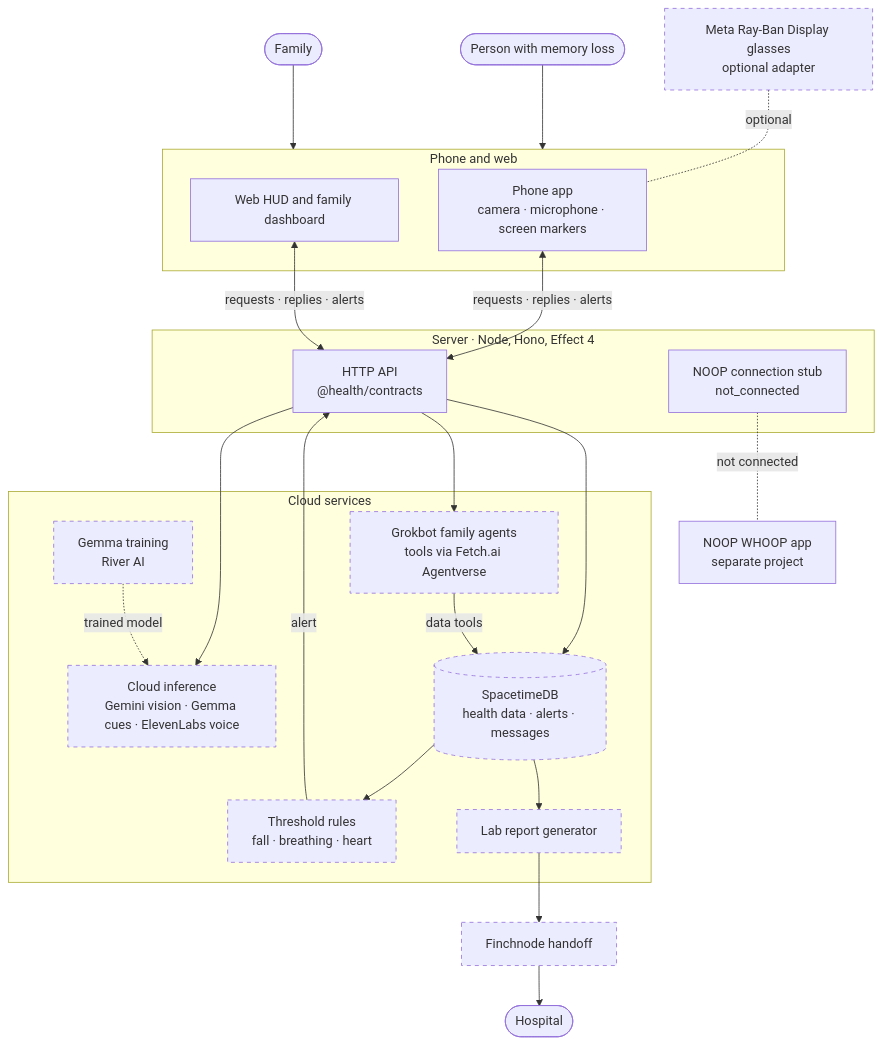
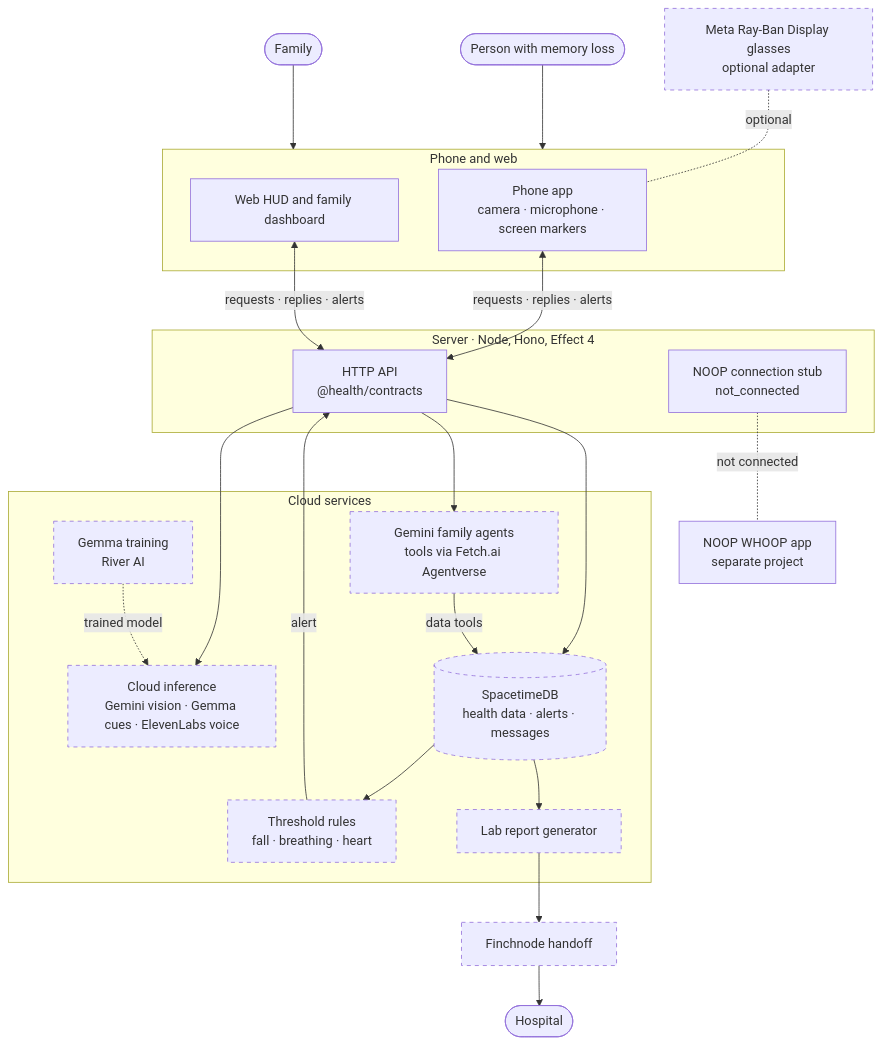
Before and after one commit to 42nights/telly: the diagram in README.md, drawn with Mermaid. The commit also changed other lines of this file and 4 other files, not shown here.

First line of the commit message:
docs: name Gemini as the family chat provider

````diff
--- a/README.md
+++ b/README.md
@@ -202,43 +203,43 @@
 ```mermaid
 flowchart TB
     person(["Person with memory loss"])
     family(["Family"])
     glasses["Meta Ray-Ban Display glasses<br/>optional adapter"]
 
     subgraph clients ["Phone and web"]
         phone["Phone app<br/>camera · microphone · screen markers"]
         web["Web HUD and family dashboard"]
     end
 
     subgraph server ["Server · Node, Hono, Effect 4"]
         api["HTTP API<br/>@health/contracts"]
         stub["NOOP connection stub<br/>not_connected"]
     end
     noop["NOOP WHOOP app<br/>separate project"]
 
     subgraph services ["Cloud services"]
         ai["Cloud inference<br/>Gemini vision · Gemma cues · ElevenLabs voice"]
-        agents["Grokbot family agents<br/>tools via Fetch.ai Agentverse"]
+        agents["Gemini family agents<br/>tools via Fetch.ai Agentverse"]
         db[("SpacetimeDB<br/>health data · alerts · messages")]
         rules["Threshold rules<br/>fall · breathing · heart"]
         reports["Lab report generator"]
         river["Gemma training<br/>River AI"]
     end
 
     finch["Finchnode handoff"]
     hospital(["Hospital"])
 
     person & family --> clients
     glasses -. "optional" .- phone
     phone & web <-- "requests · replies · alerts" --> api
     stub -. "not connected" .- noop
     api --> ai & agents & db
     river -. "trained model" .-> ai
     agents -- "data tools" --> db
     db --> rules & reports
     rules -- "alert" --> api
     reports --> finch --> hospital
 
     classDef planned stroke-dasharray: 5 5
     class glasses,ai,agents,db,rules,reports,river,finch planned
 ```
````
